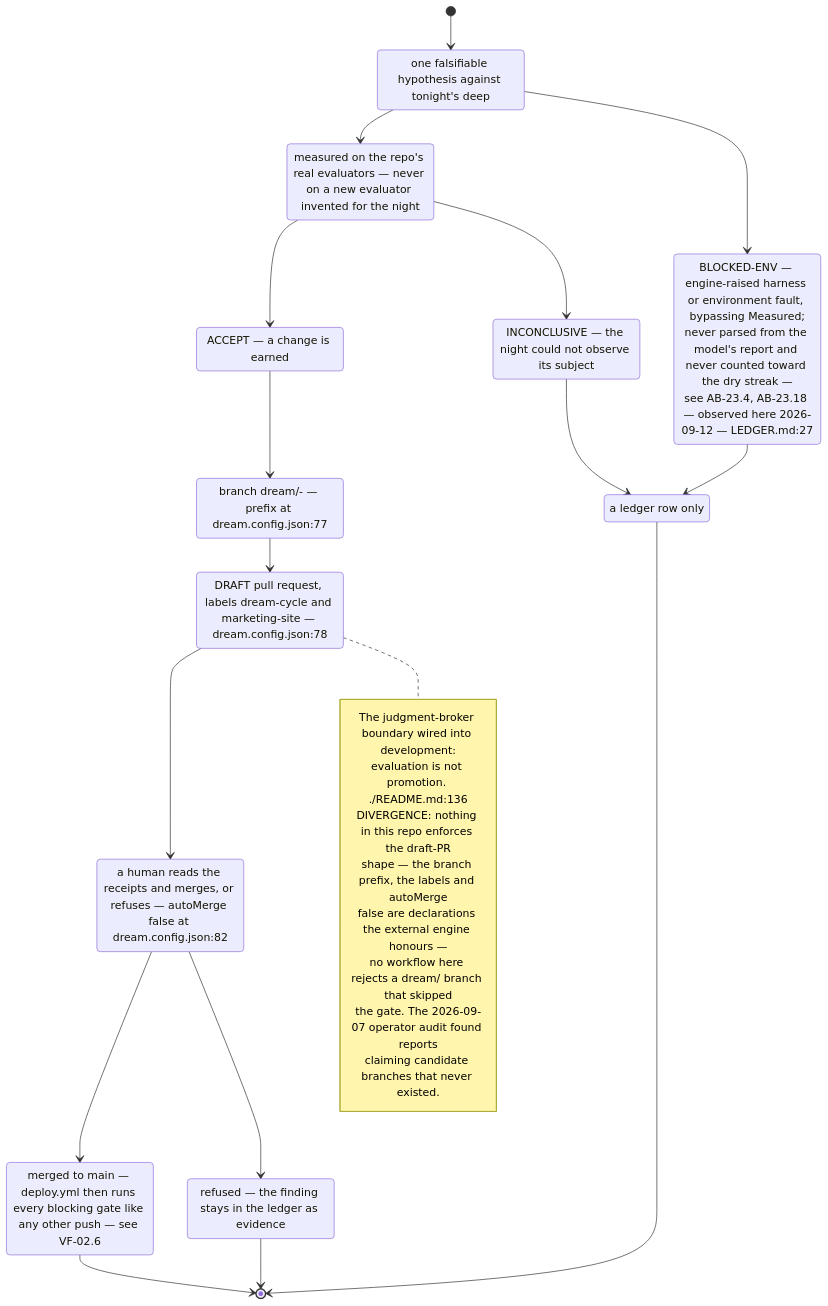
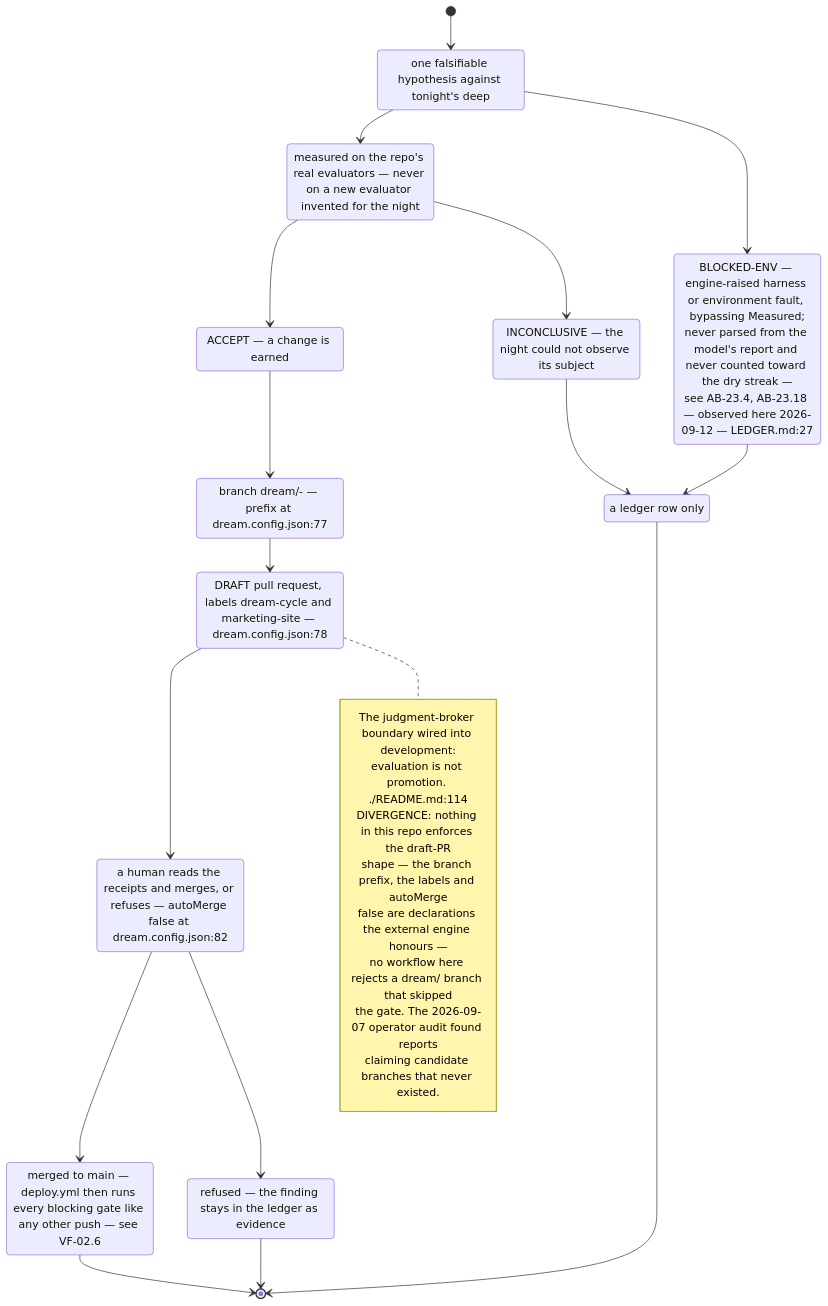
One commit to DreamLab-AI/VisionFlow changed the eighth of 9 diagrams in docs/diagrams/visionflow/04-dream-cycle-integration.md. Above: the diagram before and after it, drawn with Mermaid. The commit also changed other lines of this file and 160 other files, not shown here.

````diff
--- a/docs/diagrams/visionflow/04-dream-cycle-integration.md
+++ b/docs/diagrams/visionflow/04-dream-cycle-integration.md
@@ -249,40 +250,40 @@
 ```mermaid
 stateDiagram-v2
     direction TB
     [*] --> Hypothesis
     state "one falsifiable hypothesis against tonight's deep" as Hypothesis
     Hypothesis --> Measured
     Hypothesis --> BlockedEnv
     state "measured on the repo's real evaluators — never on a new evaluator invented for the night" as Measured
     Measured --> Accept
     Measured --> Inconclusive
     state "ACCEPT — a change is earned" as Accept
     state "INCONCLUSIVE — the night could not observe its subject" as Inconclusive
     state "BLOCKED-ENV — engine-raised harness or environment fault, bypassing Measured;<br/>never parsed from the model's report and never counted toward the dry streak —<br/>see AB-23.4, AB-23.18 — observed here 2026-09-12 — LEDGER.md:27" as BlockedEnv
     BlockedEnv --> LedgerOnly
     Accept --> Branch
     state "branch dream/<deep>-<date> — prefix at dream.config.json:77" as Branch
     Branch --> Draft
     state "DRAFT pull request, labels dream-cycle and marketing-site — dream.config.json:78" as Draft
     Draft --> Human
     state "a human reads the receipts and merges, or refuses — autoMerge false at dream.config.json:82" as Human
     Human --> Merged
     Human --> Refused
     state "merged to main — deploy.yml then runs every blocking gate like any other push — see VF-02.6" as Merged
     state "refused — the finding stays in the ledger as evidence" as Refused
     Inconclusive --> LedgerOnly
     state "a ledger row only" as LedgerOnly
     Merged --> [*]
     Refused --> [*]
     LedgerOnly --> [*]
     note right of Draft
       The judgment-broker boundary wired into development:
-      evaluation is not promotion. ./README.md:136
+      evaluation is not promotion. ./README.md:114
       DIVERGENCE: nothing in this repo enforces the draft-PR
       shape — the branch prefix, the labels and autoMerge
       false are declarations the external engine honours —
       no workflow here rejects a dream/ branch that skipped
       the gate. The 2026-09-07 operator audit found reports
       claiming candidate branches that never existed.
     end note
 ```
````
